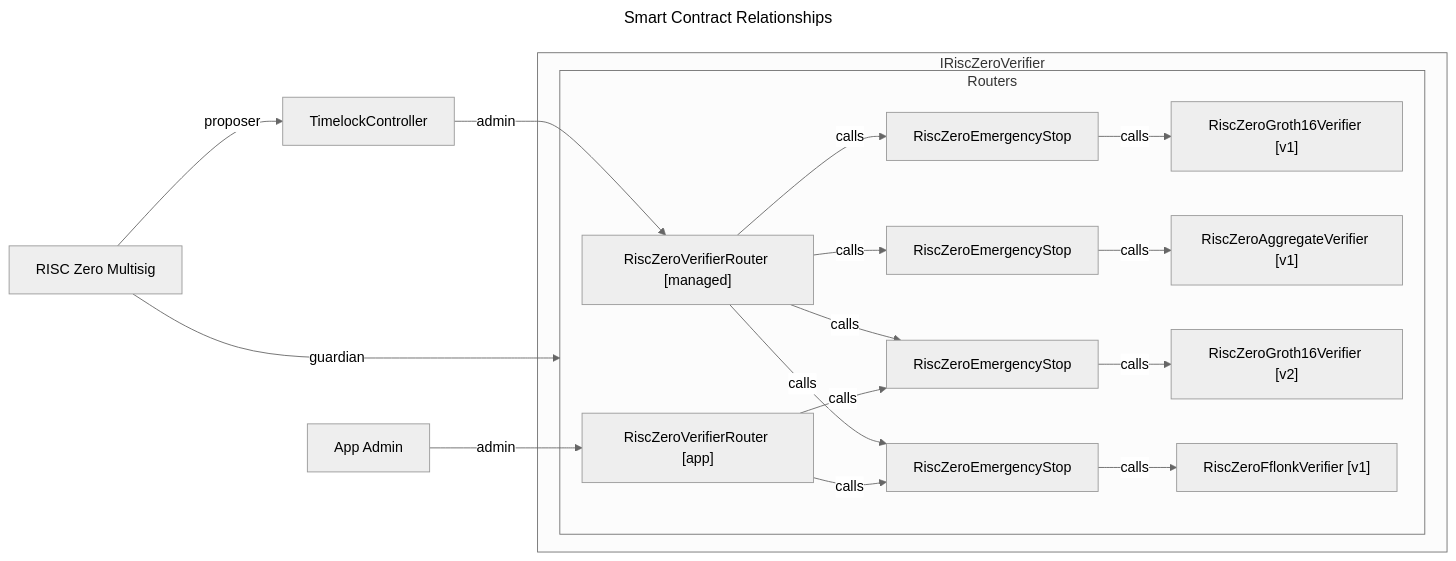
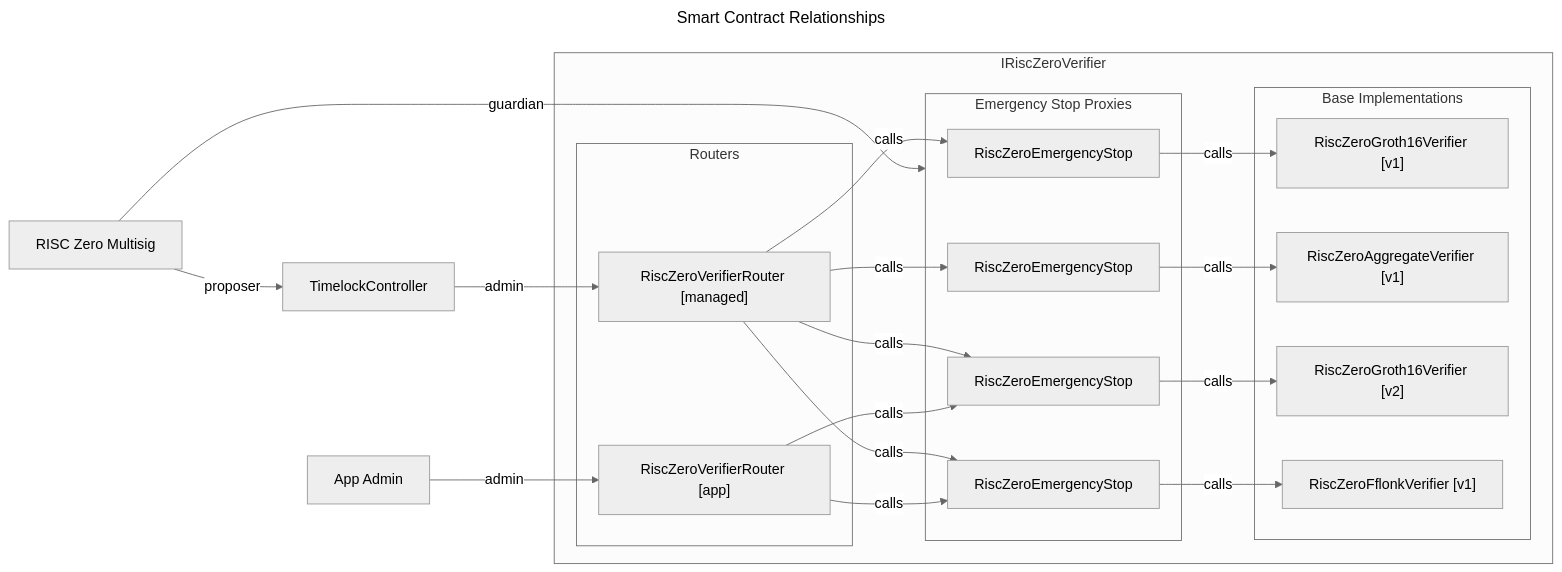
The diagram in contracts/version-management-design.md (risc0/risc0-ethereum), drawn with Mermaid (neutral theme) before and after one commit.

Commit message:
fix subgraph keys

````diff
--- a/contracts/version-management-design.md
+++ b/contracts/version-management-design.md
@@ -11,44 +11,44 @@
 ```mermaid
 ---
 title: Smart Contract Relationships
 ---
 flowchart LR
   subgraph IRiscZeroVerifier
-    subgraph emergencyStops["Routers"]
+    subgraph routers["Routers"]
         router["RiscZeroVerifierRouter [managed]"]
         appRouter["RiscZeroVerifierRouter [app]"]
     end
-    
+
     subgraph emergencyStops["Emergency Stop Proxies"]
       groth16v1ES["RiscZeroEmergencyStop"]
       aggv1ES["RiscZeroEmergencyStop"]
       groth16v2ES["RiscZeroEmergencyStop"]
       fflonkv1ES["RiscZeroEmergencyStop"]
     end
-    
-    subgraph emergencyStops["Base Implementations"]
+
+    subgraph impls["Base Implementations"]
         groth16v1["RiscZeroGroth16Verifier [v1]"]
         aggv1["RiscZeroAggregateVerifier [v1]"]
         groth16v2["RiscZeroGroth16Verifier [v2]"]
         fflonkv1["RiscZeroFflonkVerifier [v1]"]
     end
 
     router -- calls --> groth16v1ES
     router & appRouter -- calls --> groth16v2ES
     router -- calls --> aggv1ES
     router & appRouter -- calls --> fflonkv1ES
-    
+
     groth16v1ES -- calls --> groth16v1
     groth16v2ES -- calls --> groth16v2
     aggv1ES -- calls --> aggv1
     fflonkv1ES -- calls --> fflonkv1
   end
   timelock[TimelockController]
   multisig["RISC Zero Multisig"]
   appAdmin[App Admin]
-  
+
   timelock -- admin --> router
   appAdmin -- admin --> appRouter
   multisig -- proposer --> timelock
   multisig -- guardian --> emergencyStops
 ```
````
